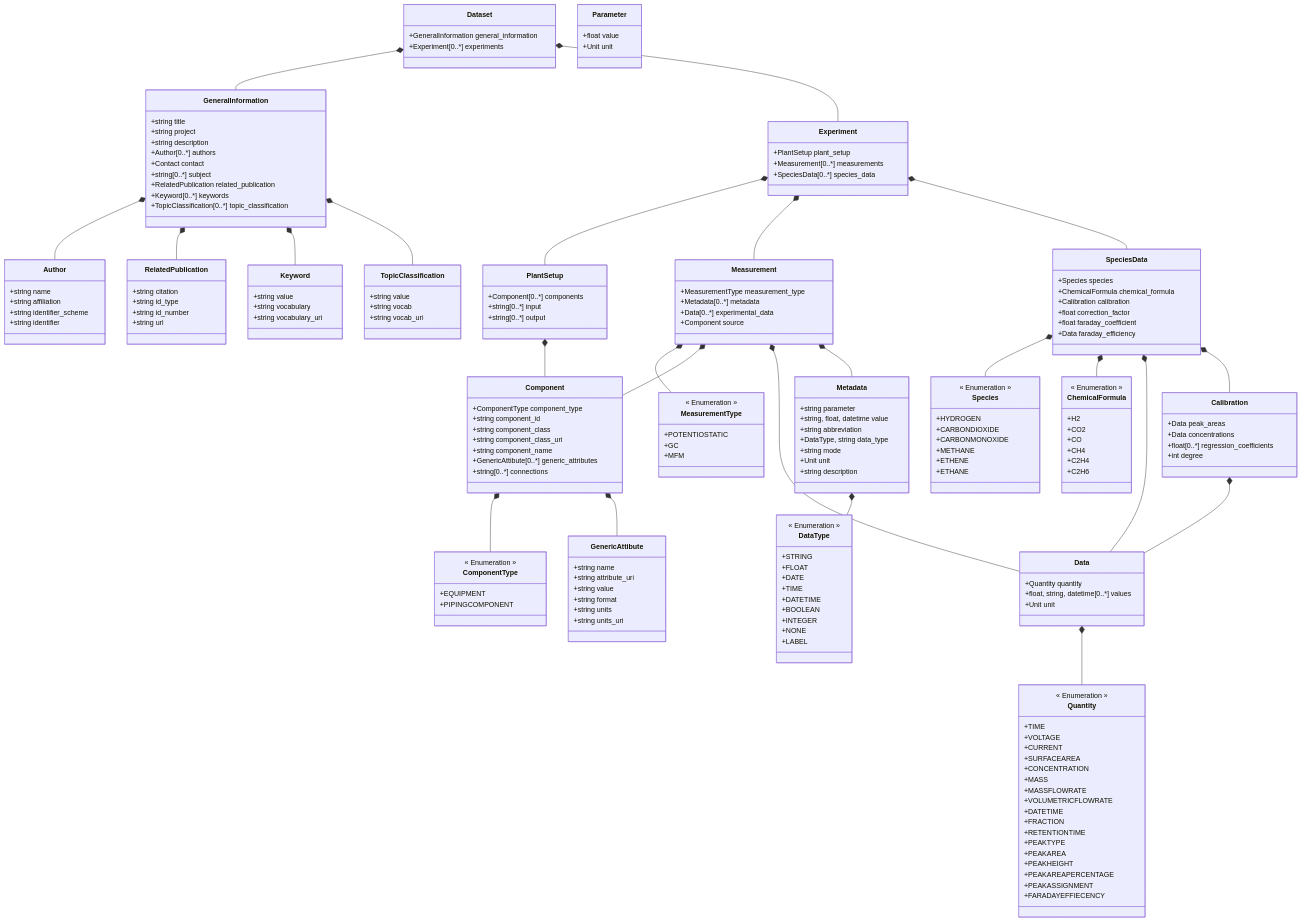
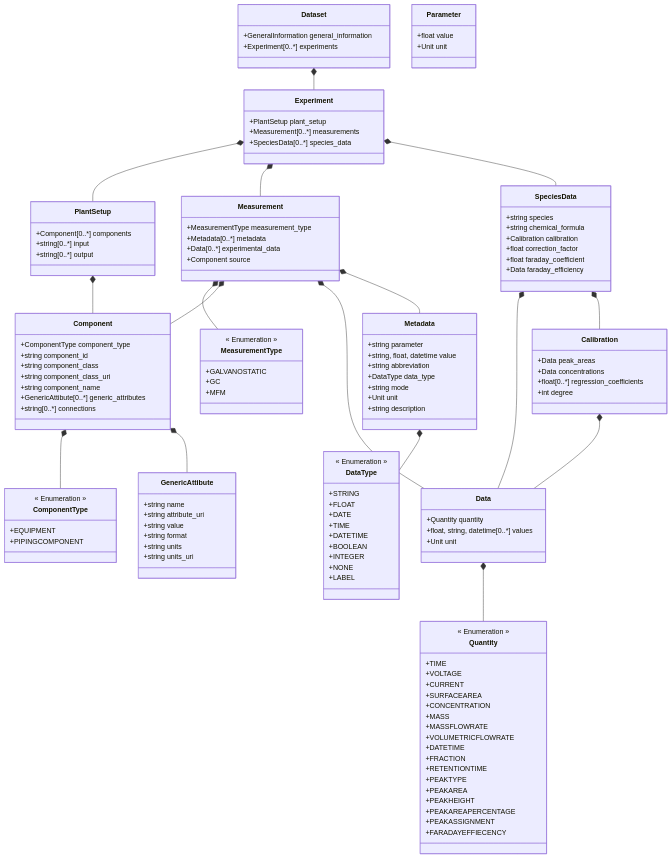
The diagram in FAIRFlowChemistry/schemes/fairflowchemistry_schema.md (FAIRChemistry/FAIRFlow), drawn with Mermaid before and after one commit. The commit also changed 18 other files, not shown here.

````diff
--- a/FAIRFlowChemistry/schemes/fairflowchemistry_schema.md
+++ b/FAIRFlowChemistry/schemes/fairflowchemistry_schema.md
@@ -1,70 +1,25 @@
 ```mermaid
 classDiagram
-    Dataset *-- GeneralInformation
     Dataset *-- Experiment
-    GeneralInformation *-- Author
-    GeneralInformation *-- RelatedPublication
-    GeneralInformation *-- Keyword
-    GeneralInformation *-- TopicClassification
     Experiment *-- PlantSetup
     Experiment *-- Measurement
     Experiment *-- SpeciesData
     PlantSetup *-- Component
+    Measurement *-- MeasurementType
+    Measurement *-- Component
+    Measurement *-- Data
+    Measurement *-- Metadata
+    SpeciesData *-- Data
+    SpeciesData *-- Calibration
     Component *-- ComponentType
     Component *-- GenericAttibute
     Data *-- Quantity
     Metadata *-- DataType
-    Measurement *-- MeasurementType
-    Measurement *-- Component
-    Measurement *-- Data
-    Measurement *-- Metadata
-    SpeciesData *-- Species
-    SpeciesData *-- ChemicalFormula
-    SpeciesData *-- Data
-    SpeciesData *-- Calibration
     Calibration *-- Data
     
     class Dataset {
         +GeneralInformation general_information
         +Experiment[0..*] experiments
-    }
-    
-    class GeneralInformation {
-        +string title
-        +string project
-        +string description
-        +Author[0..*] authors
-        +Contact contact
-        +string[0..*] subject
-        +RelatedPublication related_publication
-        +Keyword[0..*] keywords
-        +TopicClassification[0..*] topic_classification
-    }
-    
-    class Author {
-        +string name
-        +string affiliation
-        +string identifier_scheme
-        +string identifier
-    }
-    
-    class RelatedPublication {
-        +string citation
-        +string id_type
-        +string id_number
-        +string url
-    }
-    
-    class Keyword {
-        +string value
-        +string vocabulary
-        +string vocabulary_uri
-    }
-    
-    class TopicClassification {
-        +string value
-        +string vocab
-        +string vocab_uri
     }
     
     class Experiment {
@@ -77,6 +32,22 @@
         +Component[0..*] components
         +string[0..*] input
         +string[0..*] output
+    }
+    
+    class Measurement {
+        +MeasurementType measurement_type
+        +Metadata[0..*] metadata
+        +Data[0..*] experimental_data
+        +Component source
+    }
+    
+    class SpeciesData {
+        +string species
+        +string chemical_formula
+        +Calibration calibration
+        +float correction_factor
+        +float faraday_coefficient
+        +Data faraday_efficiency
     }
     
     class Component {
@@ -113,26 +84,10 @@
         +string parameter
         +string, float, datetime value
         +string abbreviation
-        +DataType, string data_type
+        +DataType data_type
         +string mode
         +Unit unit
         +string description
-    }
-    
-    class Measurement {
-        +MeasurementType measurement_type
-        +Metadata[0..*] metadata
-        +Data[0..*] experimental_data
-        +Component source
-    }
-    
-    class SpeciesData {
-        +Species species
-        +ChemicalFormula chemical_formula
-        +Calibration calibration
-        +float correction_factor
-        +float faraday_coefficient
-        +Data faraday_efficiency
     }
     
     class Calibration {
@@ -184,29 +139,9 @@
     
     class MeasurementType {
         << Enumeration >>
-        +POTENTIOSTATIC
+        +GALVANOSTATIC
         +GC
         +MFM
     }
     
-    class Species {
-        << Enumeration >>
-        +HYDROGEN
-        +CARBONDIOXIDE
-        +CARBONMONOXIDE
-        +METHANE
-        +ETHENE
-        +ETHANE
-    }
-    
-    class ChemicalFormula {
-        << Enumeration >>
-        +H2
-        +CO2
-        +CO
-        +CH4
-        +C2H4
-        +C2H6
-    }
-    
 ```
````
